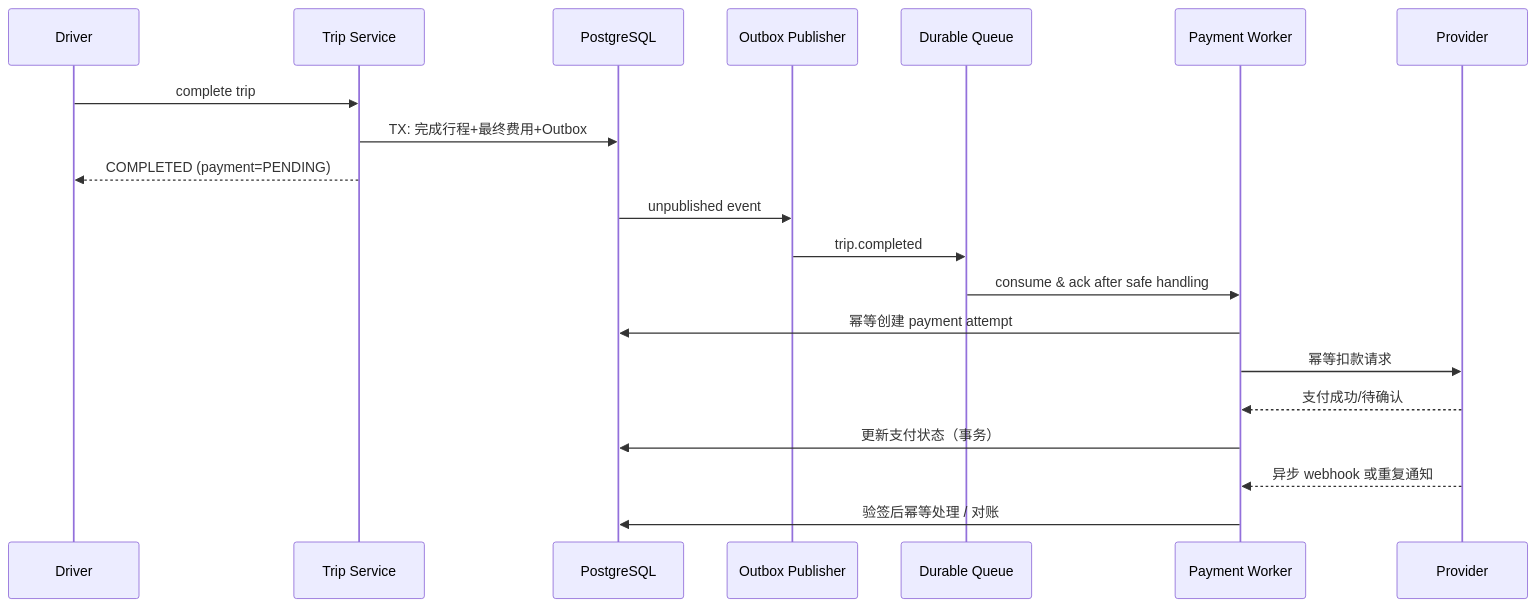
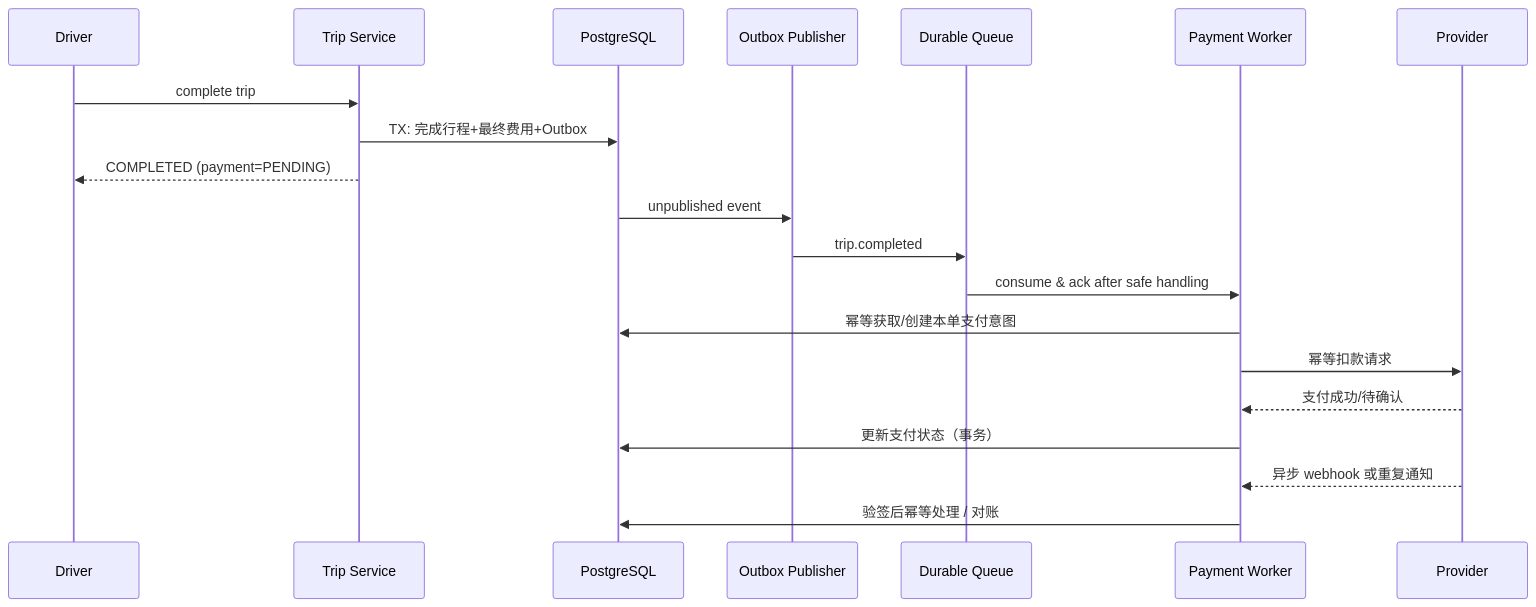
Before and after one commit to KRISACHAN/ying-practice: the sixth of 6 diagrams in KRISIN2026/system-design/uber/design.md, drawn with Mermaid. The commit also changed other lines of this file, not shown here.

````diff
--- a/KRISIN2026/system-design/uber/design.md
+++ b/KRISIN2026/system-design/uber/design.md
@@ -683,22 +766,22 @@
 ```mermaid
 sequenceDiagram
   participant D as Driver
   participant T as Trip Service
   participant DB as PostgreSQL
   participant O as Outbox Publisher
   participant Q as Durable Queue
   participant P as Payment Worker
   participant PSP as Provider
   D->>T: complete trip
   T->>DB: TX: 完成行程+最终费用+Outbox
   T-->>D: COMPLETED (payment=PENDING)
   DB->>O: unpublished event
   O->>Q: trip.completed
   Q->>P: consume & ack after safe handling
-  P->>DB: 幂等创建 payment attempt
+  P->>DB: 幂等获取/创建本单支付意图
   P->>PSP: 幂等扣款请求
   PSP-->>P: 支付成功/待确认
   P->>DB: 更新支付状态（事务）
   PSP-->>P: 异步 webhook 或重复通知
   P->>DB: 验签后幂等处理 / 对账
 ```
````
